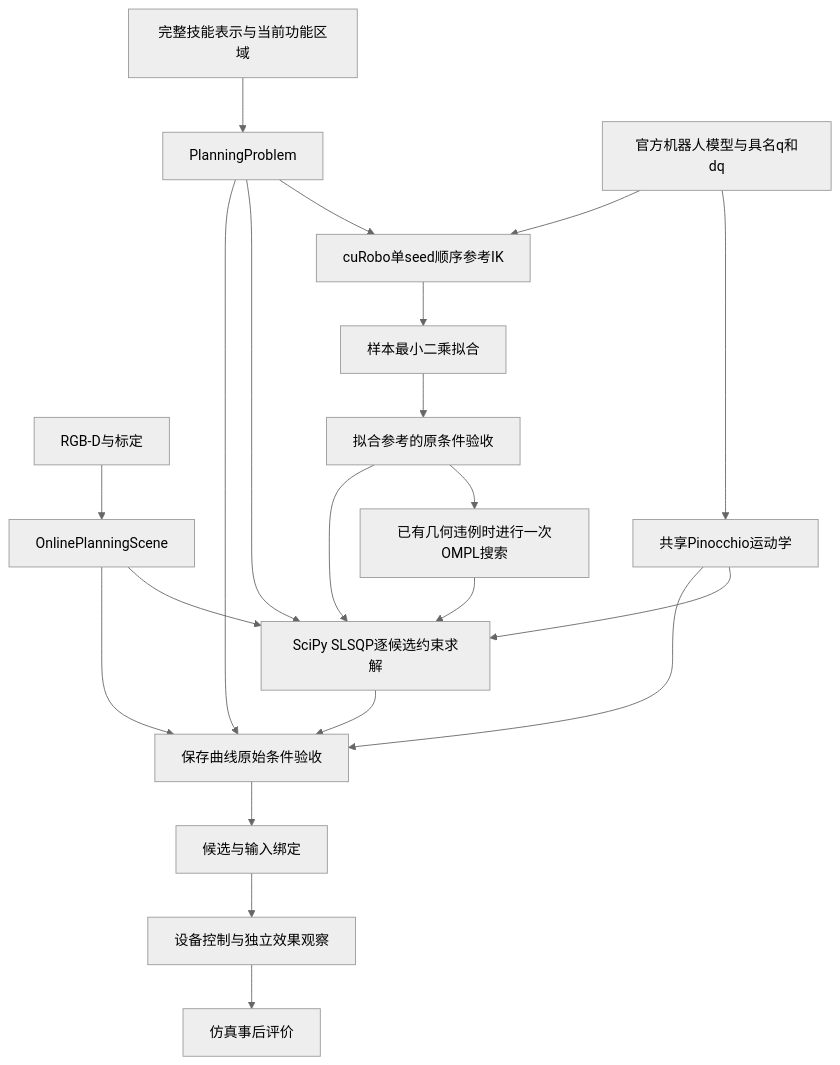
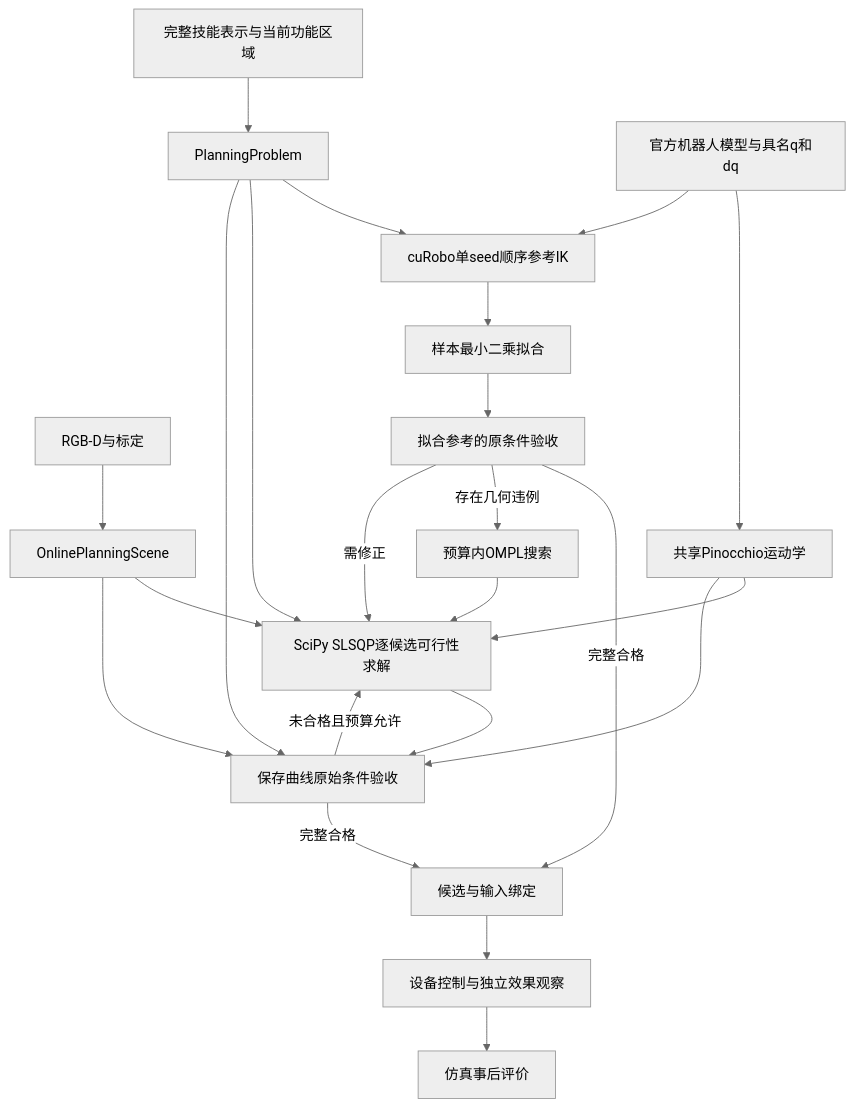
One commit to illusionaryshelter/FUNCTO_public changed the diagram in PLANNER_ARCHITECTURE.md. Above: the diagram before and after it, drawn with Mermaid (neutral theme). The commit also changed other lines of this file and 95 other files, not shown here.

````diff
--- a/PLANNER_ARCHITECTURE.md
+++ b/PLANNER_ARCHITECTURE.md
@@ -20,23 +20,25 @@
 ```mermaid
 flowchart TD
  S[完整技能表示与当前功能区域] --> P[PlanningProblem]
  D[RGB-D与标定] --> C[OnlinePlanningScene]
  R[官方机器人模型与具名q和dq] --> F[共享Pinocchio运动学]
  R --> I[cuRobo单seed顺序参考IK]
  P --> I
  I --> L[样本最小二乘拟合]
  L --> V0[拟合参考的原条件验收]
- V0 --> G[已有几何违例时进行一次OMPL搜索]
- V0 --> O[SciPy SLSQP逐候选约束求解]
+ V0 -->|完整合格| B[候选与输入绑定]
+ V0 -->|存在几何违例| G[预算内OMPL搜索]
+ V0 -->|需修正| O[SciPy SLSQP逐候选可行性求解]
  G --> O
  P --> O
  C --> O
  F --> O
  O --> V[保存曲线原始条件验收]
  C --> V
  P --> V
  F --> V
- V --> B[候选与输入绑定]
+ V -->|完整合格| B
+ V -->|未合格且预算允许| O
  B --> E[设备控制与独立效果观察]
  E --> A[仿真事后评价]
 ```
````
